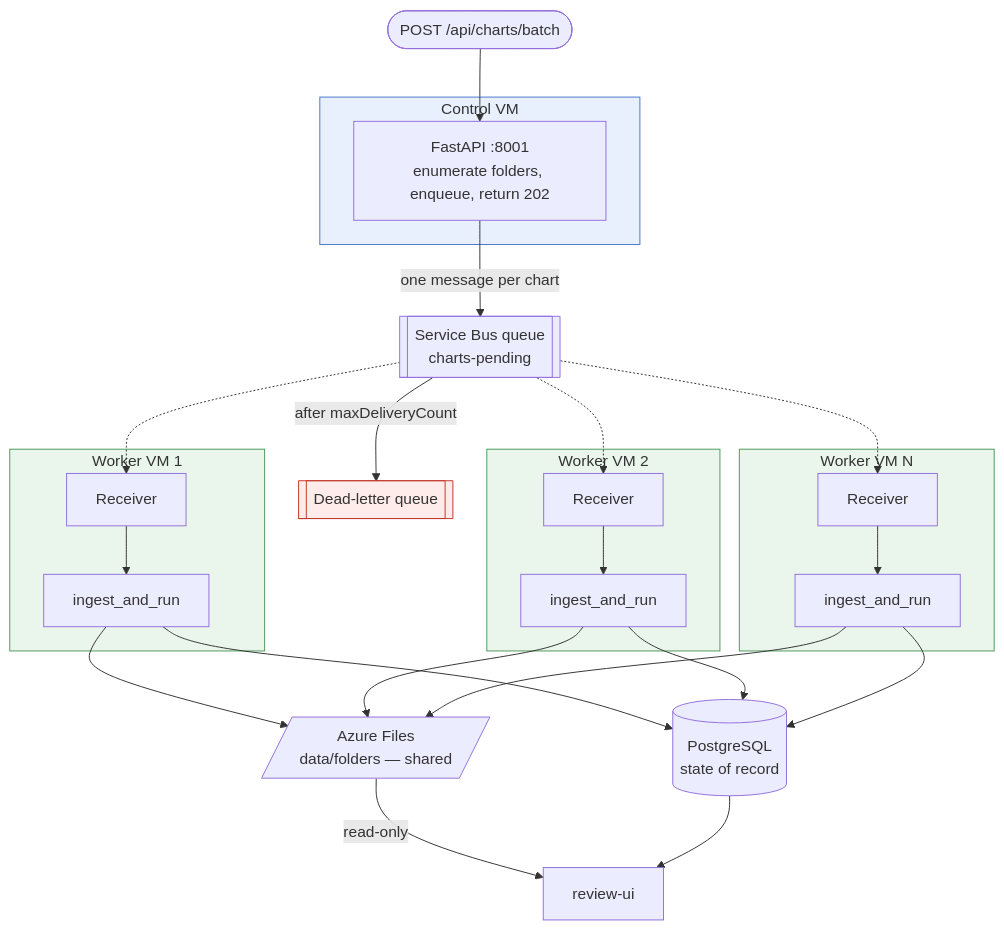
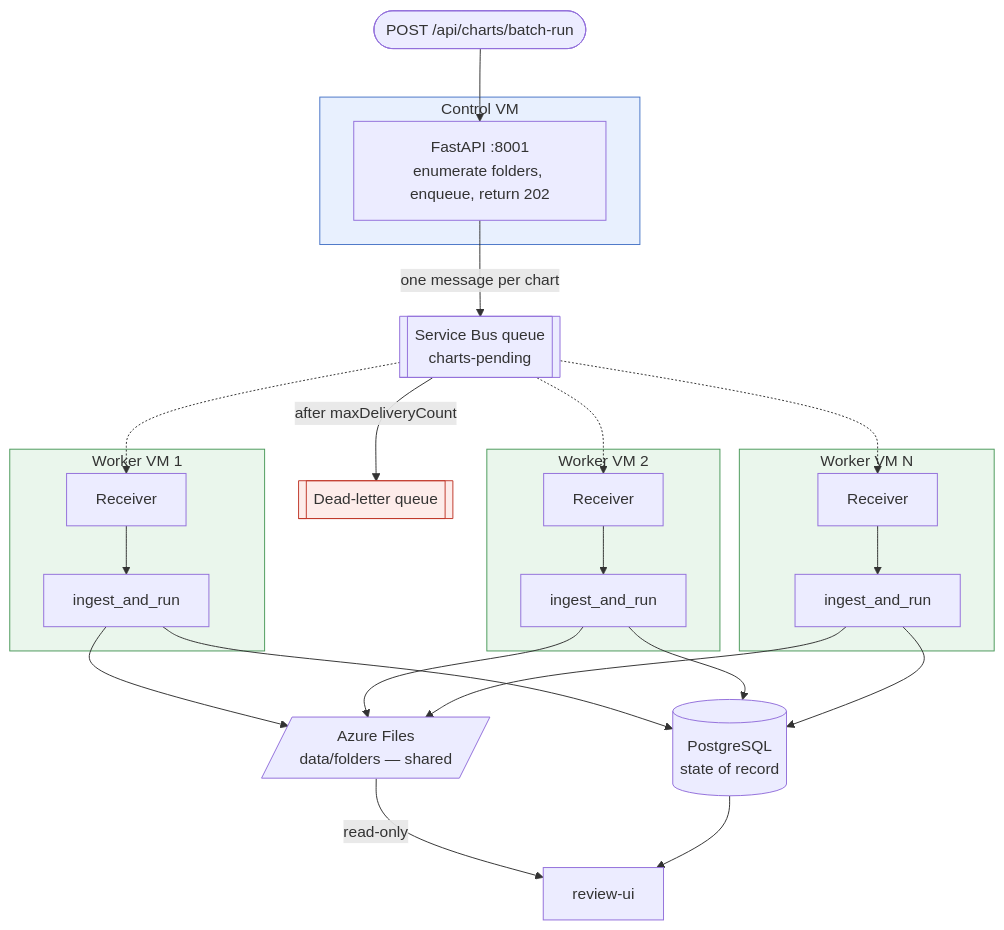
The fourth of 8 diagrams in docs/SCALING.md (abhinavdg-ever/model-repo), drawn with Mermaid before and after one commit. The commit also changed other lines of this file and 43 other files, not shown here.

First line of the commit message:
Consolidate chart APIs to run/batch-run and harden review/OCR paths.

````diff
--- a/docs/SCALING.md
+++ b/docs/SCALING.md
@@ -292,42 +292,42 @@
 ```mermaid
 flowchart TD
-  REQ(["POST /api/charts/batch"]) --> API
+  REQ(["POST /api/charts/batch-run"]) --> API
 
   subgraph CTRL["Control VM"]
     API["FastAPI :8001<br/>enumerate folders, enqueue, return 202"]
   end
 
   API -- "one message per chart" --> Q[["Service Bus queue<br/>charts-pending"]]
 
   subgraph W1["Worker VM 1"]
     R1["Receiver"] --> E1["ingest_and_run"]
   end
   subgraph W2["Worker VM 2"]
     R2["Receiver"] --> E2["ingest_and_run"]
   end
   subgraph WN["Worker VM N"]
     RN["Receiver"] --> EN["ingest_and_run"]
   end
 
   Q -.-> R1
   Q -.-> R2
   Q -.-> RN
 
   E1 --> PG[("PostgreSQL<br/>state of record")]
   E2 --> PG
   EN --> PG
   E1 --> FS[/"Azure Files<br/>data/folders — shared"/]
   E2 --> FS
   EN --> FS
 
   FS -- "read-only" --> RU["review-ui"]
   PG --> RU
 
   Q -- "after maxDeliveryCount" --> DLQ[["Dead-letter queue"]]
 
   style CTRL fill:#e8f0fe,stroke:#4a76c7
   style W1 fill:#eaf6ec,stroke:#4c9a5b
   style W2 fill:#eaf6ec,stroke:#4c9a5b
   style WN fill:#eaf6ec,stroke:#4c9a5b
   style DLQ fill:#fdecea,stroke:#c0392b
 ```
````
